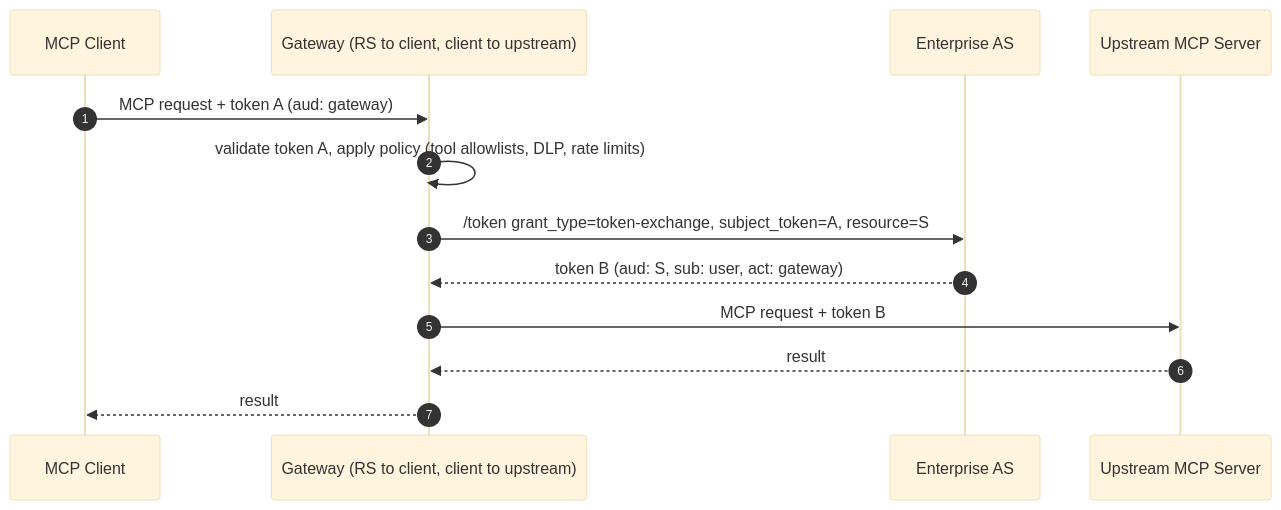
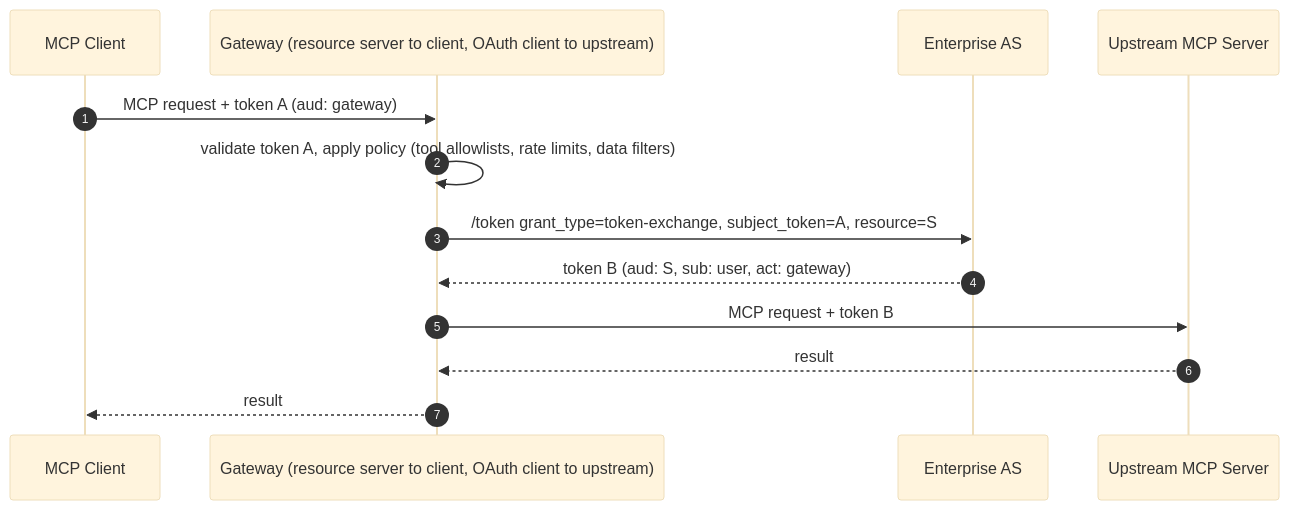
The sixth of 8 diagrams in content/posts/mcp-auth-explained/index.md (tdi/tdi.github.io), drawn with Mermaid (base theme) before and after one commit. The commit also changed other lines of this file, not shown here.

First line of the commit message:
Apply clarity review: define jargon, add token primer and cast table

````diff
--- a/content/posts/mcp-auth-explained/index.md
+++ b/content/posts/mcp-auth-explained/index.md
@@ -171,15 +182,15 @@
 ```mermaid
 sequenceDiagram
     autonumber
     participant C as MCP Client
-    participant G as Gateway (RS to client, client to upstream)
+    participant G as Gateway (resource server to client, OAuth client to upstream)
     participant AS as Enterprise AS
     participant S as Upstream MCP Server
     C->>G: MCP request + token A (aud: gateway)
-    G->>G: validate token A, apply policy (tool allowlists, DLP, rate limits)
+    G->>G: validate token A, apply policy (tool allowlists, rate limits, data filters)
     G->>AS: /token grant_type=token-exchange, subject_token=A, resource=S
     AS-->>G: token B (aud: S, sub: user, act: gateway)
     G->>S: MCP request + token B
     S-->>G: result
     G-->>C: result
 ```
````
